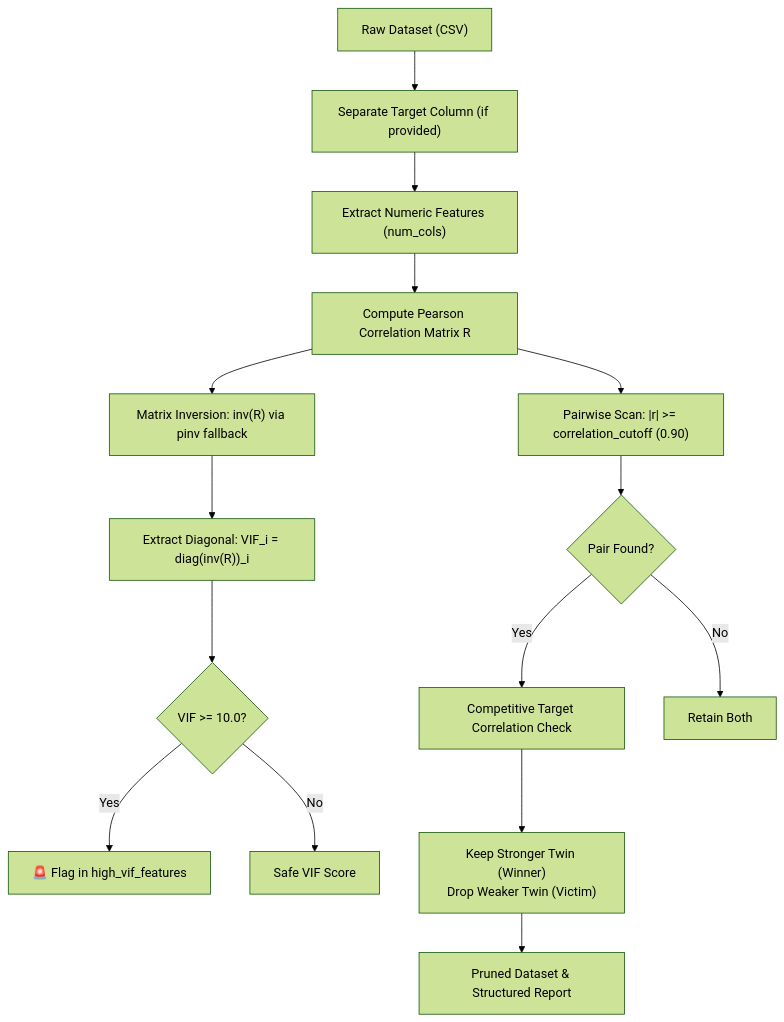
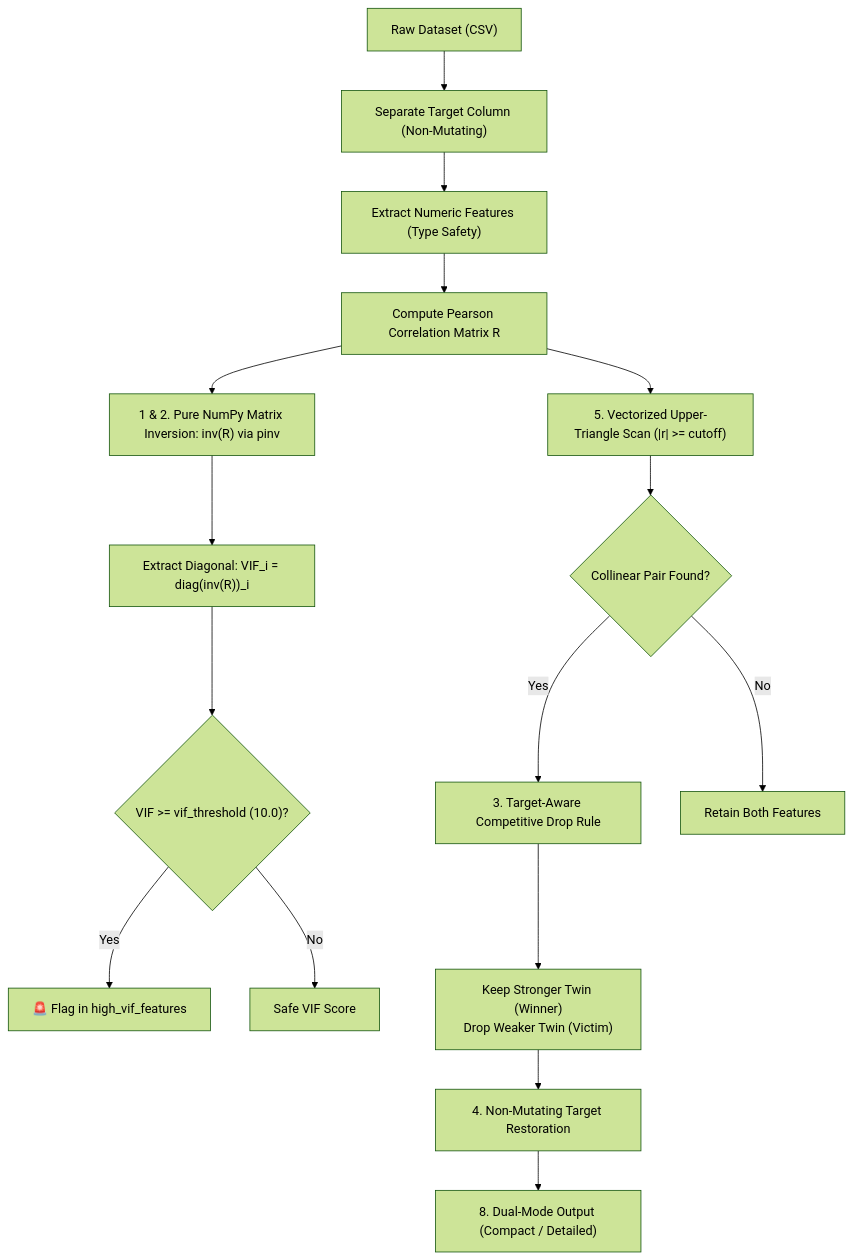
One commit to sadik004/ml-mcp changed the diagram in docs/phases/phase-01-data-audit-and-hygiene/ml_check_collinearity.md. Above: the diagram before and after it, drawn with Mermaid (forest theme). The commit also changed other lines of this file and 2 other files, not shown here.

Commit message:
docs: standardize ml_check_collinearity, ml_transform_target, and ml_detect_label_errors to unified 6-section masterclass format

````diff
--- a/docs/phases/phase-01-data-audit-and-hygiene/ml_check_collinearity.md
+++ b/docs/phases/phase-01-data-audit-and-hygiene/ml_check_collinearity.md
@@ -65,17 +74,18 @@
 ```mermaid
 flowchart TD
-    A["Raw Dataset (CSV)"] --> B["Separate Target Column (if provided)"]
-    B --> C["Extract Numeric Features (num_cols)"]
+    A["Raw Dataset (CSV)"] --> B["Separate Target Column (Non-Mutating)"]
+    B --> C["Extract Numeric Features (Type Safety)"]
     C --> D["Compute Pearson Correlation Matrix R"]
-    D --> E["Matrix Inversion: inv(R) via pinv fallback"]
+    D --> E["1 & 2. Pure NumPy Matrix Inversion: inv(R) via pinv"]
     E --> F["Extract Diagonal: VIF_i = diag(inv(R))_i"]
-    F --> G{"VIF >= 10.0?"}
+    F --> G{"VIF >= vif_threshold (10.0)?"}
     G -->|Yes| H["🚨 Flag in high_vif_features"]
     G -->|No| I[" Safe VIF Score"]
-    D --> J["Pairwise Scan: |r| >= correlation_cutoff (0.90)"]
-    J --> K{"Pair Found?"}
-    K -->|Yes| L["Competitive Target Correlation Check"]
+    D --> J["5. Vectorized Upper-Triangle Scan (|r| >= cutoff)"]
+    J --> K{"Collinear Pair Found?"}
+    K -->|Yes| L["3. Target-Aware Competitive Drop Rule"]
     L --> M["Keep Stronger Twin (Winner)<br/>Drop Weaker Twin (Victim)"]
-    K -->|No| N["Retain Both"]
-    M --> O["Pruned Dataset & Structured Report"]
+    K -->|No| N["Retain Both Features"]
+    M --> O["4. Non-Mutating Target Restoration"]
+    O --> P["8. Dual-Mode Output (Compact / Detailed)"]
 ```
````
